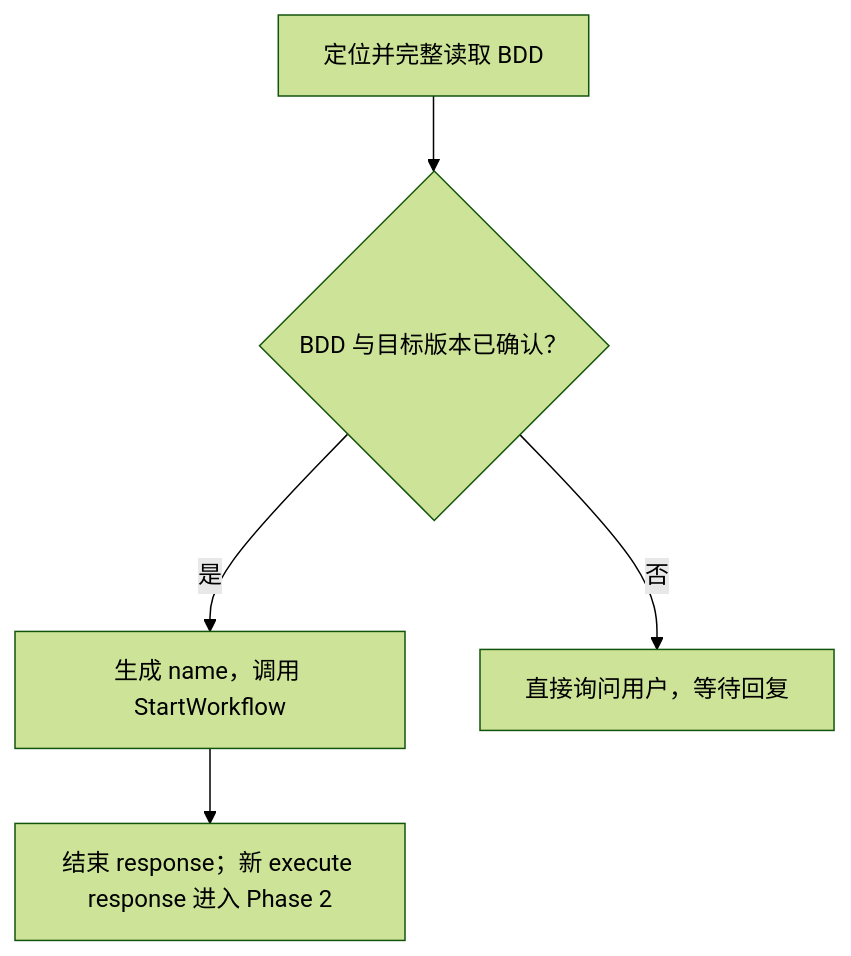
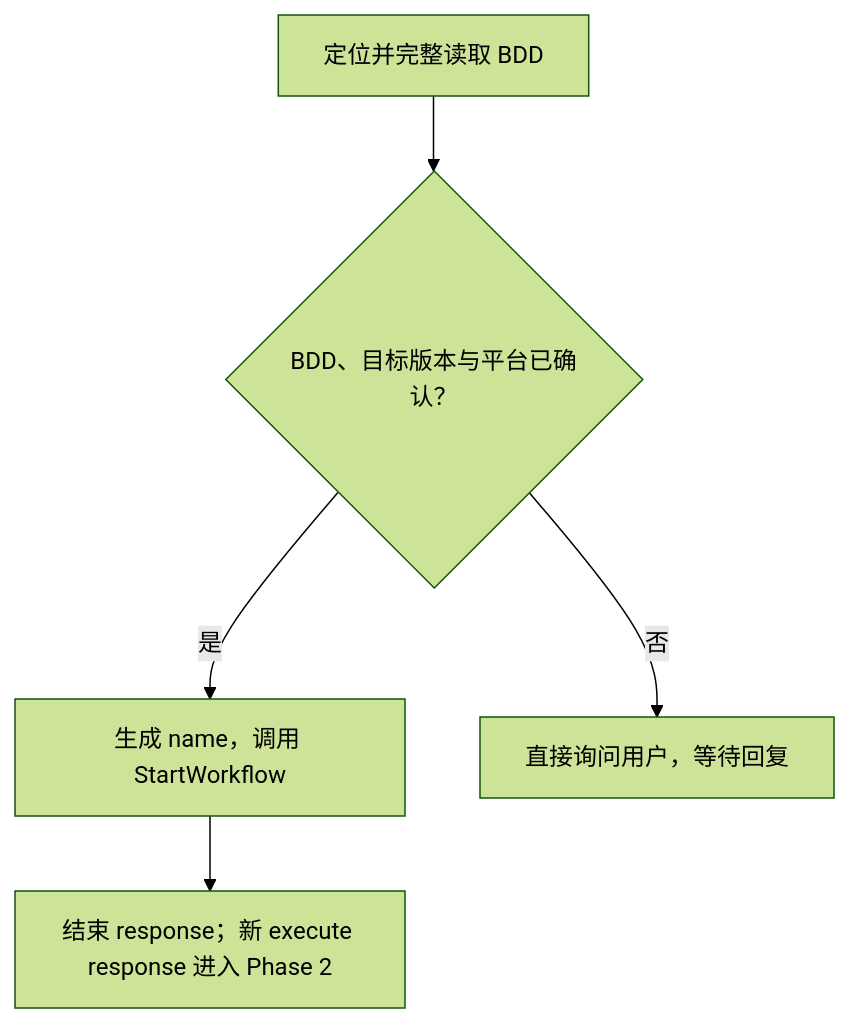
One commit to daihothot/scout changed the first of 5 diagrams in assets/scout/skills/domain-rbt-coordinator/SKILL.md. Above: the diagram before and after it, drawn with Mermaid (forest theme). The commit also changed other lines of this file and 1 other file, not shown here.

````diff
--- a/assets/scout/skills/domain-rbt-coordinator/SKILL.md
+++ b/assets/scout/skills/domain-rbt-coordinator/SKILL.md
@@ -124,7 +132,7 @@
 ```mermaid
 flowchart TD
-  A["定位并完整读取 BDD"] --> B{"BDD 与目标版本已确认？"}
+  A["定位并完整读取 BDD"] --> B{"BDD、目标版本与平台已确认？"}
   B -- "是" --> C["生成 name，调用 StartWorkflow"]
   B -- "否" --> D["直接询问用户，等待回复"]
   C --> E["结束 response；新 execute response 进入 Phase 2"]
 ```
````
